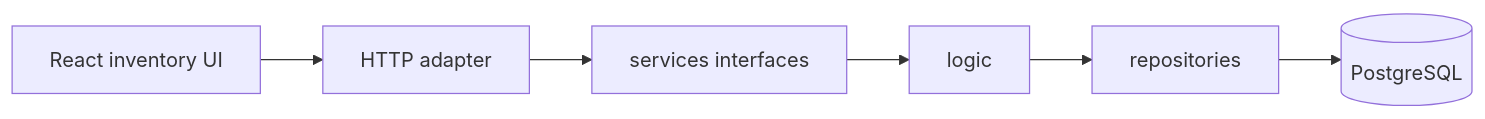
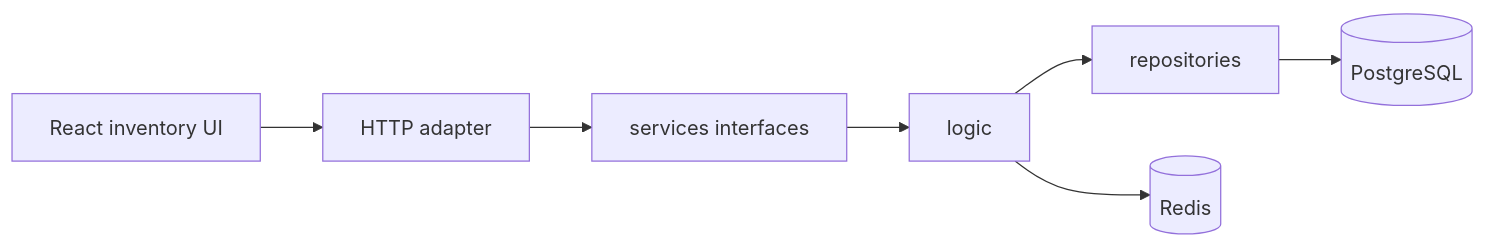
One commit to nghialthanh/inventory_dashboard changed the second of 2 diagrams in docs/architecture/README.md. Above: the diagram before and after it, drawn with Mermaid. The commit also changed other lines of this file and 64 other files, not shown here.

````diff
--- a/docs/architecture/README.md
+++ b/docs/architecture/README.md
@@ -28,8 +32,9 @@
 ```mermaid
 flowchart LR
   UI[React inventory UI] --> HTTP[HTTP adapter]
   HTTP --> IFACE[services interfaces]
   IFACE --> LOGIC[logic]
   LOGIC --> REPO[repositories]
+  LOGIC --> Redis[(Redis)]
   REPO --> PG[(PostgreSQL)]
 ```
````
